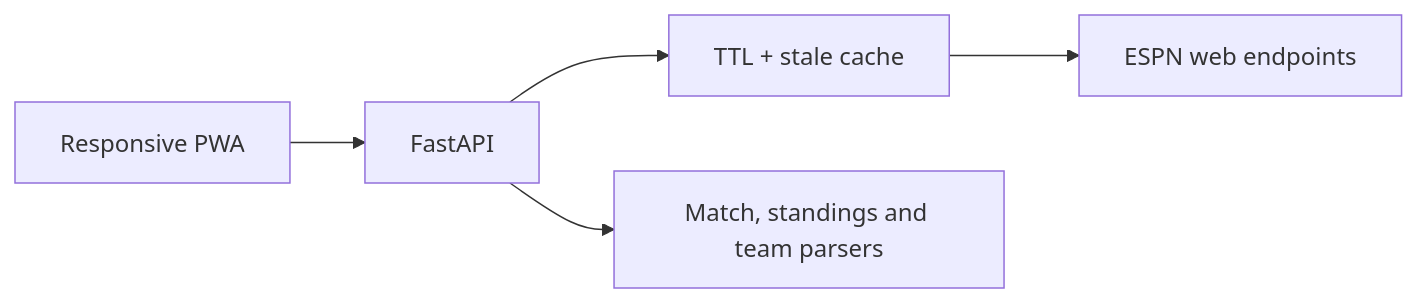
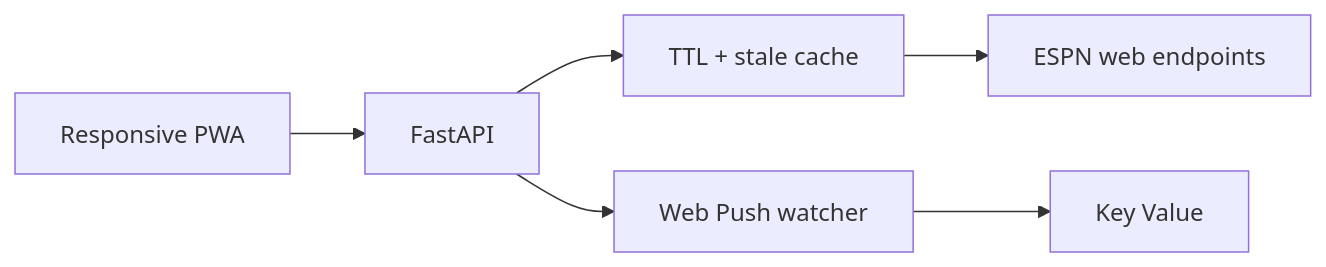
Before and after one commit to OzgurCgn/canli-spor-ekrani: the diagram in README.md, drawn with Mermaid. The commit also changed other lines of this file and 10 other files, not shown here.

Commit message:
feat: add background web push notifications

````diff
--- a/README.md
+++ b/README.md
@@ -69,7 +71,8 @@
 ```mermaid
 flowchart LR
     UI[Responsive PWA] --> API[FastAPI]
     API --> Cache[TTL + stale cache]
     Cache --> ESPN[ESPN web endpoints]
-    API --> Team[Match, standings and team parsers]
+    API --> Push[Web Push watcher]
+    Push --> KV[Key Value]
 ```
````
